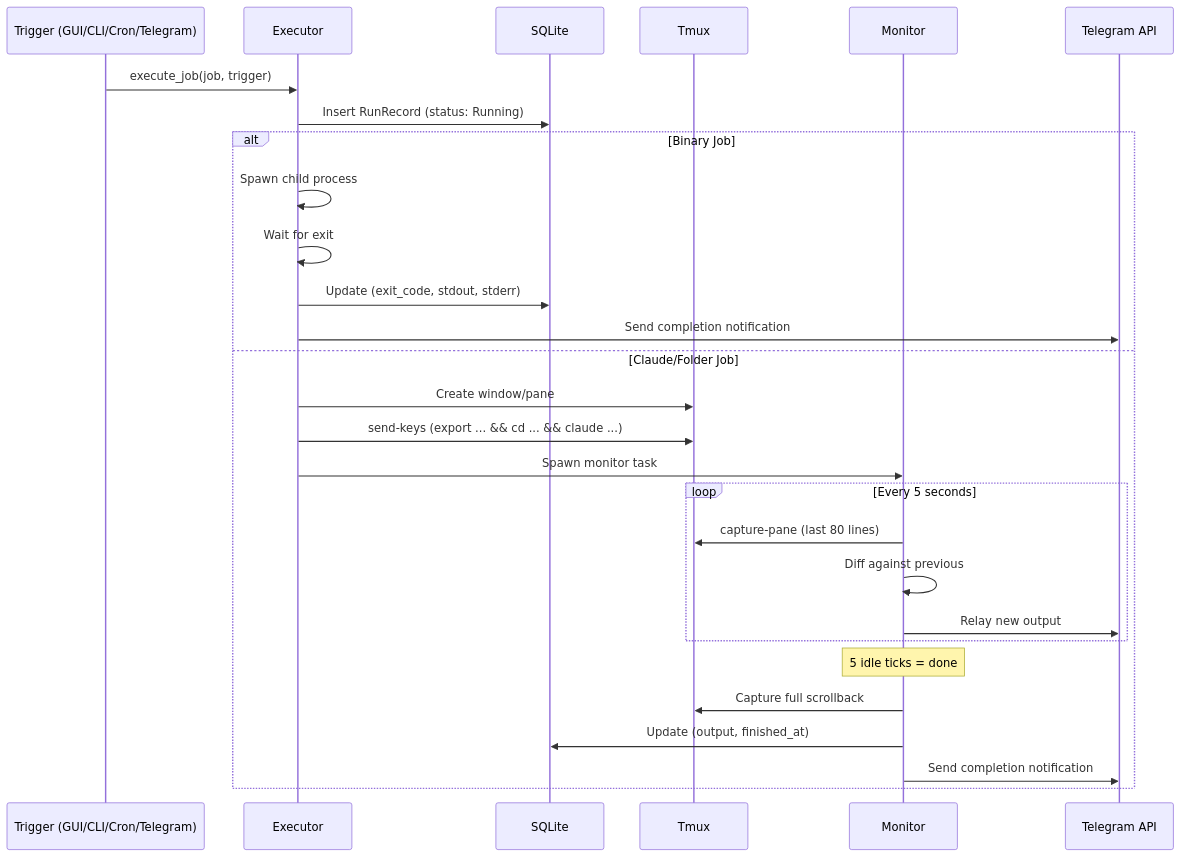
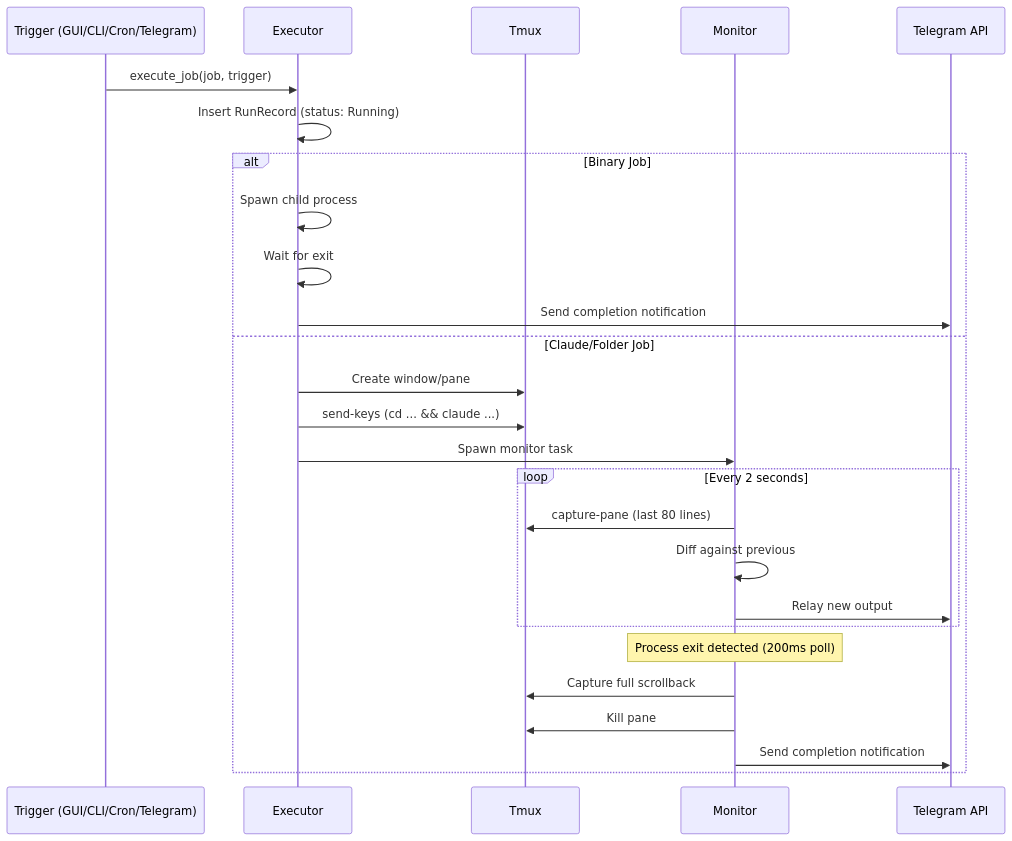
Before and after one commit to tonisives/clawtab: the second of 2 diagrams in docs/architecture.md, drawn with Mermaid. The commit also changed other lines of this file and 11 other files, not shown here.

````diff
--- a/docs/architecture.md
+++ b/docs/architecture.md
@@ -84,32 +79,30 @@
 ```mermaid
 sequenceDiagram
     participant Trigger as Trigger (GUI/CLI/Cron/Telegram)
     participant Executor
-    participant History as SQLite
     participant Tmux
     participant Monitor
     participant Telegram as Telegram API
 
     Trigger->>Executor: execute_job(job, trigger)
-    Executor->>History: Insert RunRecord (status: Running)
+    Executor->>Executor: Insert RunRecord (status: Running)
 
     alt Binary Job
         Executor->>Executor: Spawn child process
         Executor->>Executor: Wait for exit
-        Executor->>History: Update (exit_code, stdout, stderr)
         Executor->>Telegram: Send completion notification
     else Claude/Folder Job
         Executor->>Tmux: Create window/pane
-        Executor->>Tmux: send-keys (export ... && cd ... && claude ...)
+        Executor->>Tmux: send-keys (cd ... && claude ...)
         Executor->>Monitor: Spawn monitor task
-        loop Every 5 seconds
+        loop Every 2 seconds
             Monitor->>Tmux: capture-pane (last 80 lines)
             Monitor->>Monitor: Diff against previous
             Monitor->>Telegram: Relay new output
         end
-        Note over Monitor: 5 idle ticks = done
+        Note over Monitor: Process exit detected (200ms poll)
         Monitor->>Tmux: Capture full scrollback
-        Monitor->>History: Update (output, finished_at)
+        Monitor->>Tmux: Kill pane
         Monitor->>Telegram: Send completion notification
     end
 ```
````
